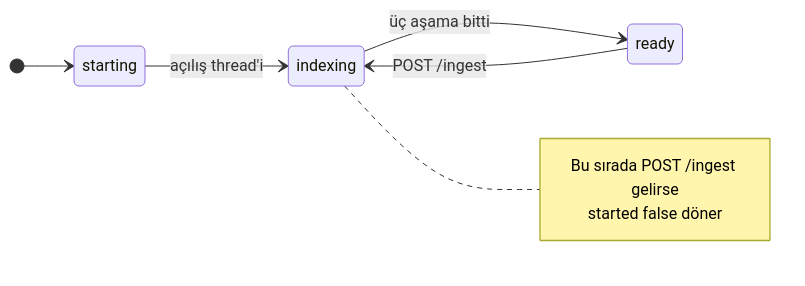
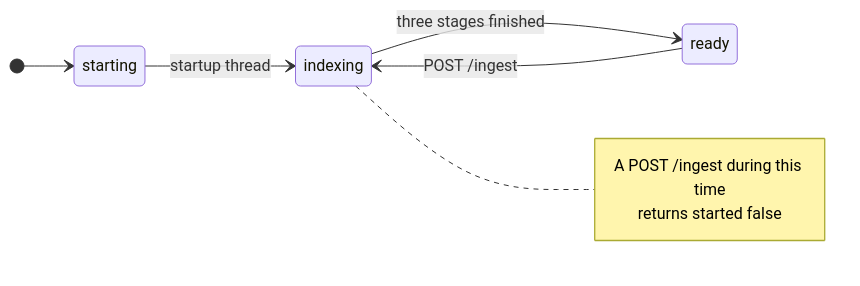
The third of 5 diagrams in docs/architecture.md (emreyigit-tasdelen/Sensei-Aruba), drawn with Mermaid before and after one commit. The commit also changed other lines of this file and 16 other files, not shown here.

````diff
--- a/docs/architecture.md
+++ b/docs/architecture.md
@@ -152,9 +154,9 @@
 ```mermaid
 stateDiagram-v2
     direction LR
     [*] --> starting
-    starting --> indexing: açılış thread'i
-    indexing --> ready: üç aşama bitti
+    starting --> indexing: startup thread
+    indexing --> ready: three stages finished
     ready --> indexing: POST /ingest
-    note right of indexing: Bu sırada POST /ingest gelirse<br/>started false döner
+    note right of indexing: A POST /ingest during this time<br/>returns started false
 ```
````
